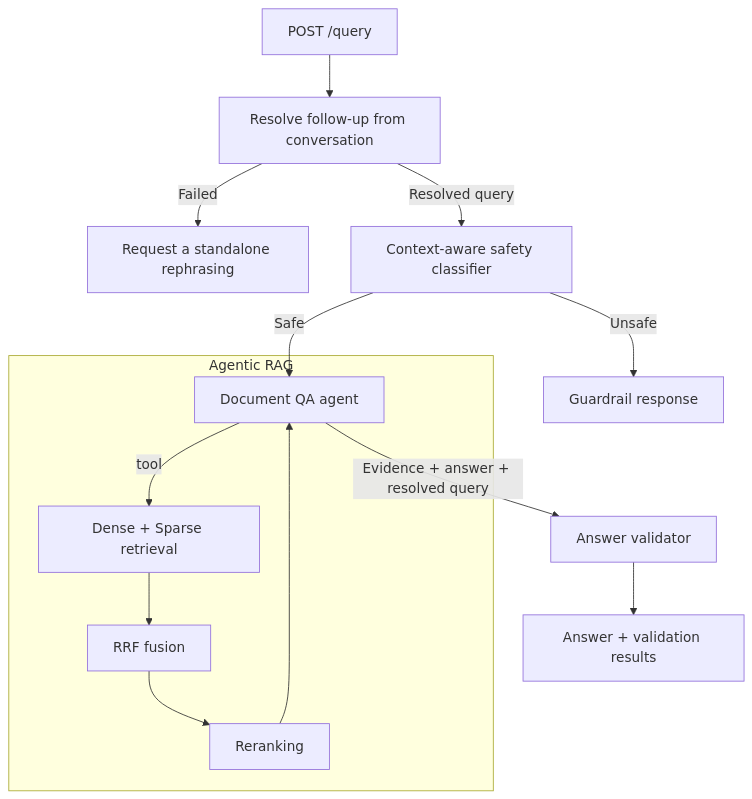
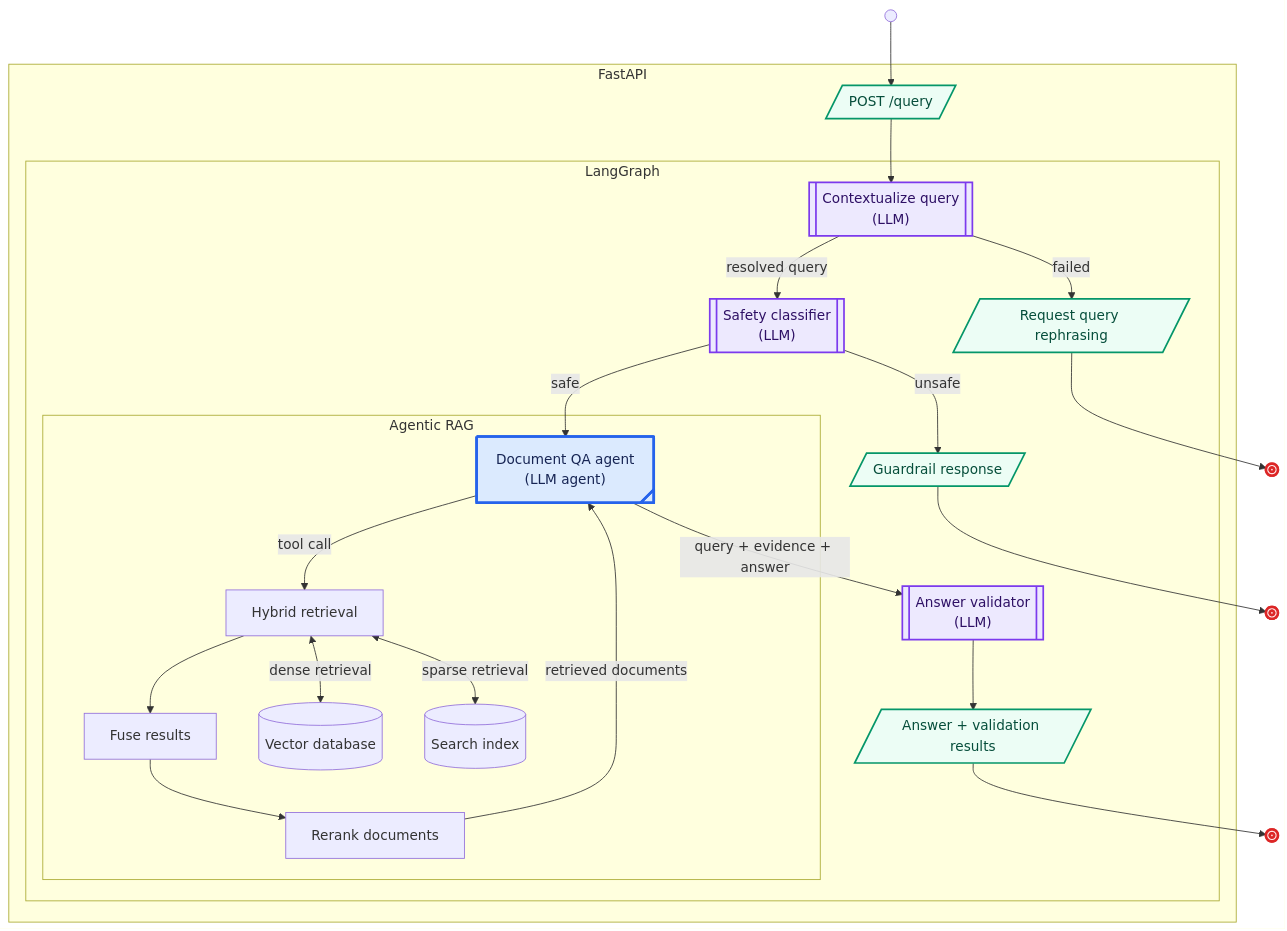
The second of 2 diagrams in README.md (sanath95/Document-Knowledge-Base-with-Source-Grounding), drawn with Mermaid before and after one commit. The commit also changed other lines of this file, not shown here.

````diff
--- a/README.md
+++ b/README.md
@@ -31,16 +41,54 @@
 ```mermaid
 flowchart TD
-    Query["POST /query"] --> Context["Resolve follow-up from conversation"]
-    Context -->|Failed| Rephrase["Request a standalone rephrasing"]
-    Context -->|Resolved query| Classify["Context-aware safety classifier"]
-    Classify -->|Unsafe| Guardrail["Guardrail response"]
-    Classify -->|Safe| Agent["Document QA agent"]
-    Agent --> |Evidence + answer + resolved query| Validate["Answer validator"]
-    Validate -->Result["Answer + validation results"]
-    subgraph Agentic RAG
-    Agent --> |tool| Retrieve["Dense + Sparse retrieval"]
-    Retrieve --> Fuse["RRF fusion"]
-    Fuse --> Rerank["Reranking"]
-    Rerank --> Agent
+    Start@{ shape: sm-circ, label: "Start" }
+    Query@{ shape: lean-r, label: "POST /query" }
+
+    Start --> Query
+    subgraph FastAPI
+        Query --> Context
+        subgraph LangGraph
+            Context@{ shape: subproc, label: "Contextualize query<br/>(LLM)" }
+            Rephrase@{ shape: lean-r, label: "Request query rephrasing" }
+            Classify@{ shape: subproc, label: "Safety classifier<br/>(LLM)" }
+            Guardrail@{ shape: lean-r, label: "Guardrail response" }
+            Agent@{ shape: tag-rect, label: "Document QA agent<br/>(LLM agent)" }
+            Validate@{ shape: subproc, label: "Answer validator<br/>(LLM)" }
+            Result@{ shape: lean-r, label: "Answer + validation results" }
+
+            
+            Context -->|failed| Rephrase
+            Context -->|resolved query| Classify
+            Classify -->|unsafe| Guardrail
+            Classify -->|safe| Agent
+            Agent -->|query + evidence + answer| Validate
+            Validate --> Result
+
+            subgraph Agentic_RAG["Agentic RAG"]
+                Retrieve["Hybrid retrieval"]
+                Fuse["Fuse results"]
+                Rerank["Rerank documents"]
+
+                Agent -->|tool call| Retrieve
+                Retrieve --> Fuse
+                Retrieve <--> |dense retrieval| VectorDatabase@{ shape: cyl, label: "Vector database" }
+                Retrieve <--> |sparse retrieval| Index@{ shape: cyl, label: "Search index" }
+                Fuse --> Rerank
+                Rerank -->|retrieved documents| Agent
+            end
+        end
     end
+
+    Rephrase --> StopRephrase@{ shape: framed-circle, label: "Stop" }
+    Guardrail --> StopGuardrail@{ shape: framed-circle, label: "Stop" }
+    Result --> StopResult@{ shape: framed-circle, label: "Stop" }
+
+    classDef llm fill:#ede9fe,stroke:#7c3aed,stroke-width:2px,color:#2e1065
+    classDef agent fill:#dbeafe,stroke:#2563eb,stroke-width:3px,color:#172554
+    classDef io fill:#ecfdf5,stroke:#059669,stroke-width:2px,color:#064e3b
+    classDef terminal fill:#fee2e2,stroke:#dc2626,stroke-width:3px,color:#7f1d1d
+
+    class Context,Classify,Validate llm
+    class Agent agent
+    class Query,Rephrase,Guardrail,Result io
+    class Start,StopRephrase,StopGuardrail,StopResult terminal
 ```
````
